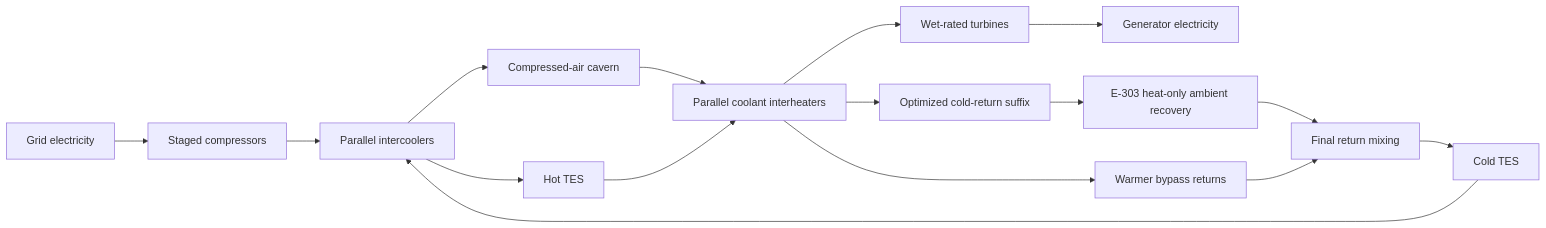
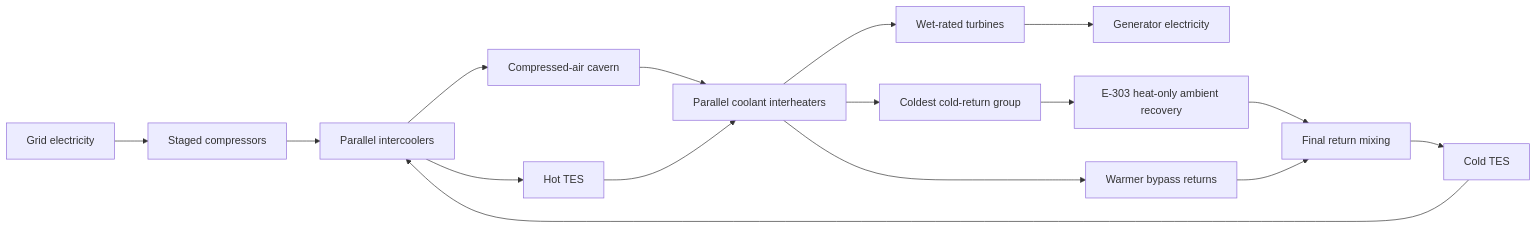
Before and after one commit to tomdacu/lt-caes: the third of 6 diagrams in docs/01_PLANT_CONCEPTS_AND_ARCHITECTURES.md, drawn with Mermaid. The commit also changed other lines of this file and 35 other files, not shown here.

````diff
--- a/docs/01_PLANT_CONCEPTS_AND_ARCHITECTURES.md
+++ b/docs/01_PLANT_CONCEPTS_AND_ARCHITECTURES.md
@@ -231,18 +234,18 @@
 ```mermaid
 flowchart LR
     GRID[Grid electricity] --> COMP[Staged compressors]
     COLD[Cold TES] --> IC[Parallel intercoolers]
     COMP --> IC
     IC --> HOT[Hot TES]
     IC --> CAV[Compressed-air cavern]
     CAV --> WHX[Parallel coolant interheaters]
     HOT --> WHX
     WHX --> TURB[Wet-rated turbines]
     TURB --> POWER[Generator electricity]
-    WHX --> MIX[Optimized cold-return suffix]
+    WHX --> MIX[Coldest cold-return group]
     MIX --> E303[E-303 heat-only ambient recovery]
     WHX --> BYPASS[Warmer bypass returns]
     E303 --> FINAL[Final return mixing]
     BYPASS --> FINAL
     FINAL --> COLD
 ```
````
